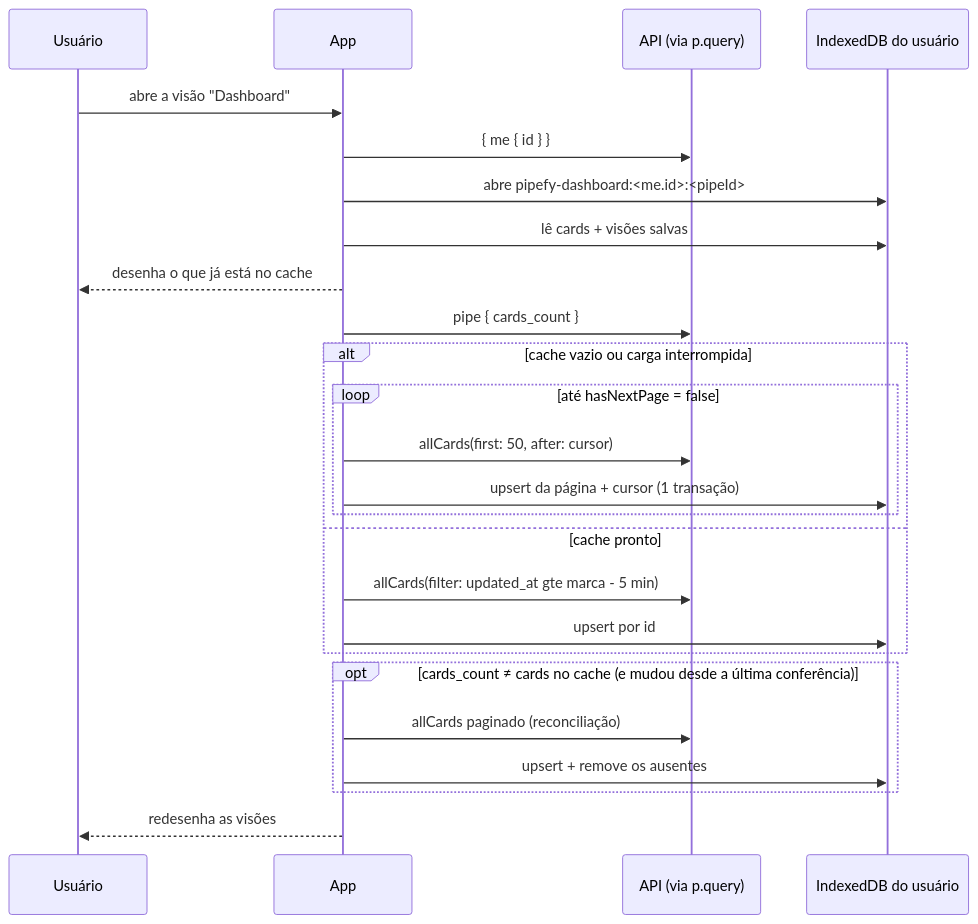
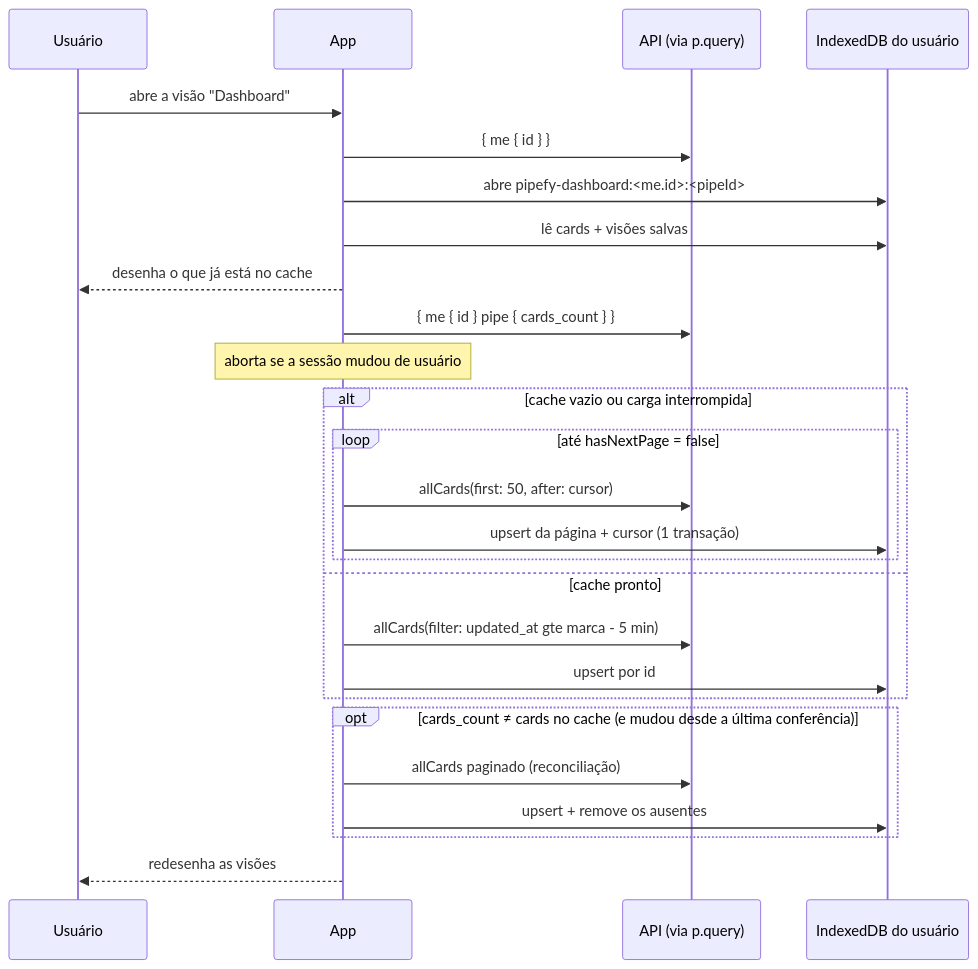
Before and after one commit to LucasAAlv/case-1-dashboard: the second of 2 diagrams in docs/arquitetura.md, drawn with Mermaid. The commit also changed other lines of this file and 1 other file, not shown here.

````diff
--- a/docs/arquitetura.md
+++ b/docs/arquitetura.md
@@ -67,28 +67,29 @@
 ```mermaid
 sequenceDiagram
   participant U as Usuário
   participant App
   participant API as API (via p.query)
   participant DB as IndexedDB do usuário
 
   U->>App: abre a visão "Dashboard"
   App->>API: { me { id } }
   App->>DB: abre pipefy-dashboard:<me.id>:<pipeId>
   App->>DB: lê cards + visões salvas
   App-->>U: desenha o que já está no cache
-  App->>API: pipe { cards_count }
+  App->>API: { me { id } pipe { cards_count } }
+  Note over App: aborta se a sessão mudou de usuário
   alt cache vazio ou carga interrompida
     loop até hasNextPage = false
       App->>API: allCards(first: 50, after: cursor)
       App->>DB: upsert da página + cursor (1 transação)
     end
   else cache pronto
     App->>API: allCards(filter: updated_at gte marca - 5 min)
     App->>DB: upsert por id
   end
   opt cards_count ≠ cards no cache (e mudou desde a última conferência)
     App->>API: allCards paginado (reconciliação)
     App->>DB: upsert + remove os ausentes
   end
   App-->>U: redesenha as visões
 ```
````
